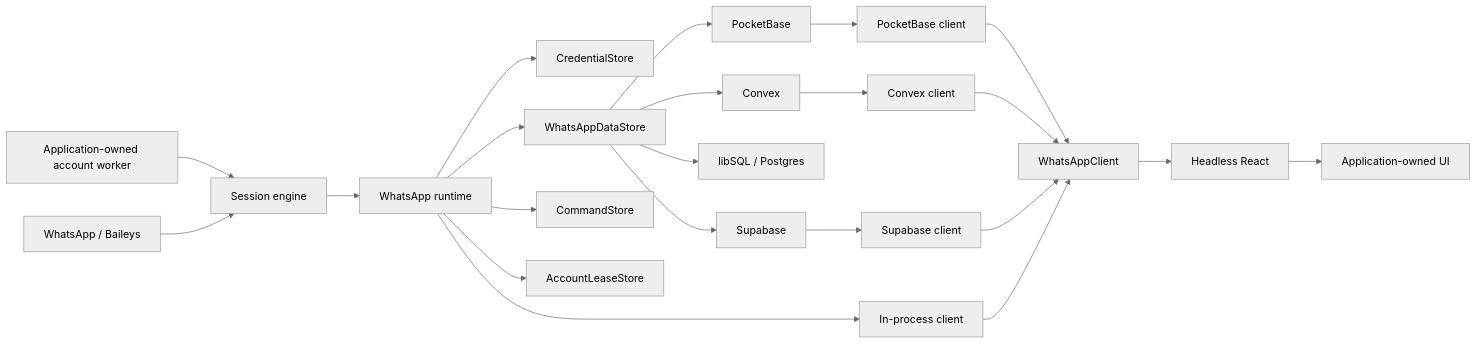
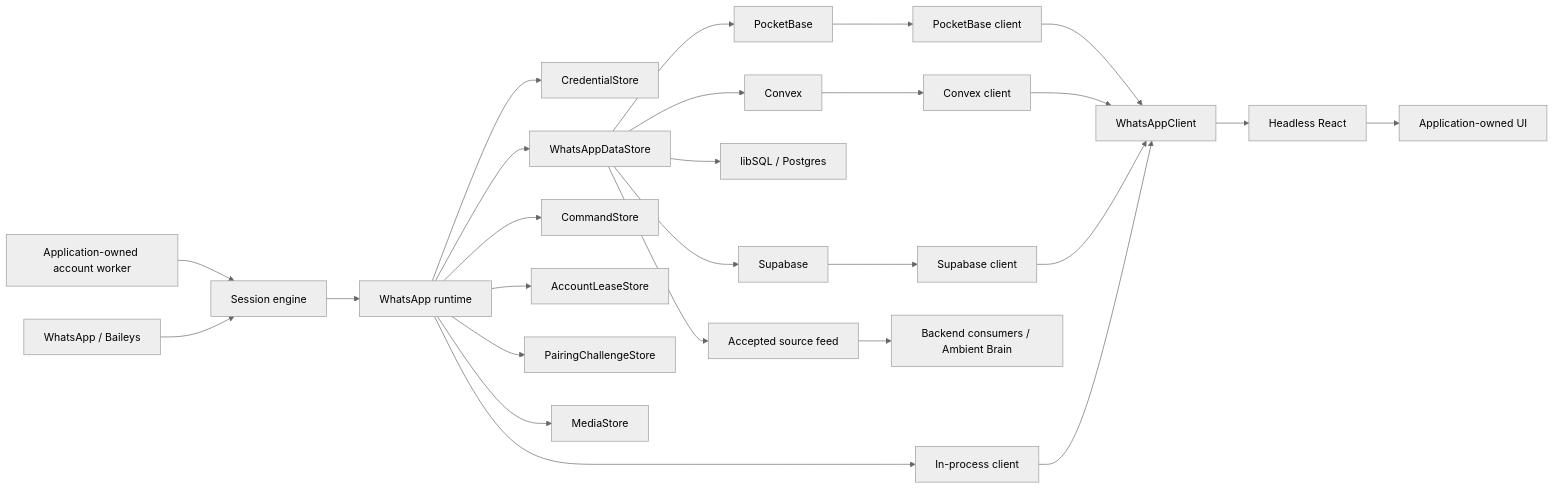
Before and after one commit to AaronAbuUsama/whatsappd: the diagram in docs/architecture/runtime-backends-and-headless-react.md, drawn with Mermaid (neutral theme). The commit also changed other lines of this file and 12 other files, not shown here.

Commit message:
docs: settle rescued WhatsApp substrate architecture

````diff
--- a/docs/architecture/runtime-backends-and-headless-react.md
+++ b/docs/architecture/runtime-backends-and-headless-react.md
@@ -60,29 +66,34 @@
 ```mermaid
 flowchart LR
     AW["Application-owned account worker"] --> SE["Session engine"]
     WA["WhatsApp / Baileys"] --> SE
     SE --> RT["WhatsApp runtime"]
 
     RT --> CS["CredentialStore"]
     RT --> DS["WhatsAppDataStore"]
     RT --> CQ["CommandStore"]
     RT --> LS["AccountLeaseStore"]
+    RT --> PS["PairingChallengeStore"]
+    RT --> MS["MediaStore"]
 
     DS --> PB["PocketBase"]
     DS --> CX["Convex"]
     DS --> SQL["libSQL / Postgres"]
     DS --> SB["Supabase"]
 
     PB --> PC["PocketBase client"]
     CX --> CC["Convex client"]
     SB --> SC["Supabase client"]
     RT --> IC["In-process client"]
 
     PC --> WC["WhatsAppClient"]
     CC --> WC
     SC --> WC
     IC --> WC
 
     WC --> RE["Headless React"]
     RE --> UI["Application-owned UI"]
+
+    DS --> SF["Accepted source feed"]
+    SF --> BC["Backend consumers / Ambient Brain"]
 ```
````
